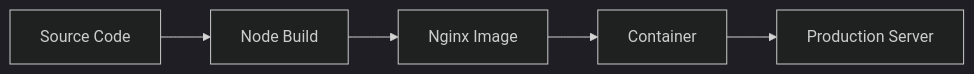
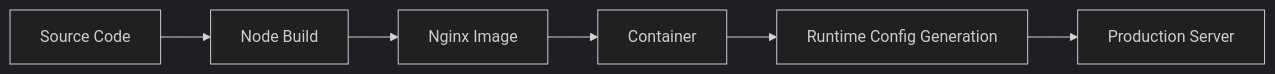
One commit to bcgov/EPIC.search changed the fifth of 5 diagrams in search-web/DOCUMENTATION.md. Above: the diagram before and after it, drawn with Mermaid (dark theme). The commit also changed other lines of this file and 26 other files, not shown here.

````diff
--- a/search-web/DOCUMENTATION.md
+++ b/search-web/DOCUMENTATION.md
@@ -150,7 +246,8 @@
 ```mermaid
 graph LR
     A[Source Code] --> B[Node Build]
     B --> C[Nginx Image]
     C --> D[Container]
-    D --> E[Production Server]
+    D --> E[Runtime Config Generation]
+    E --> F[Production Server]
 ```
````
